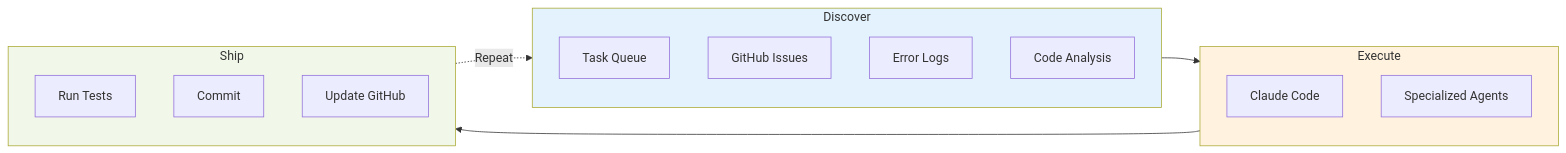
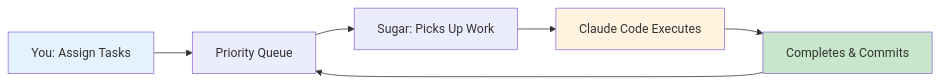
One commit to cdnsteve/sugar changed the diagram in README.md. Above: the diagram before and after it, drawn with Mermaid. The commit also changed other lines of this file, not shown here.

Commit message:
docs: Simplify diagram to focus on priority queue loop
Replace complex flowchart with simple loop diagram showing:
- You assign tasks
- Priority queue orders work
- Sugar picks up highest priority
- Claude Code executes in background
- Completes and moves to next

Much clearer focus on the continuous execution model.

````diff
--- a/README.md
+++ b/README.md
@@ -102,28 +102,12 @@
 ```mermaid
-flowchart LR
-    subgraph Discover
-        A[Task Queue]
-        B[GitHub Issues]
-        C[Error Logs]
-        D[Code Analysis]
-    end
+graph LR
+    A[You: Assign Tasks] --> B[Priority Queue]
+    B --> C[Sugar: Picks Up Work]
+    C --> D[Claude Code Executes]
+    D --> E[Completes & Commits]
+    E --> B
 
-    subgraph Execute
-        E[Claude Code]
-        F[Specialized Agents]
-    end
-
-    subgraph Ship
-        G[Run Tests]
-        H[Commit]
-        I[Update GitHub]
-    end
-
-    Discover --> Execute
-    Execute --> Ship
-    Ship -.Repeat.-> Discover
-
-    style Discover fill:#e3f2fd
-    style Execute fill:#fff3e0
-    style Ship fill:#f1f8e9
+    style A fill:#e3f2fd
+    style D fill:#fff3e0
+    style E fill:#c8e6c9
 ```
````
